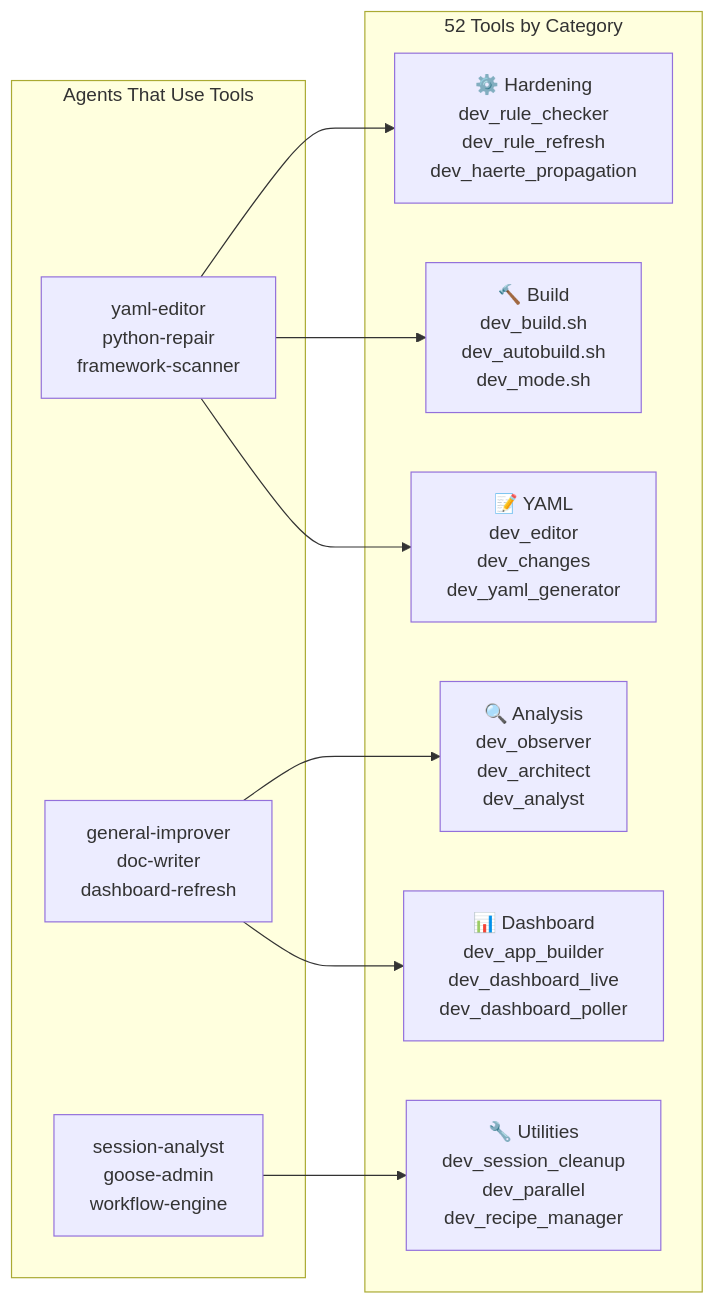
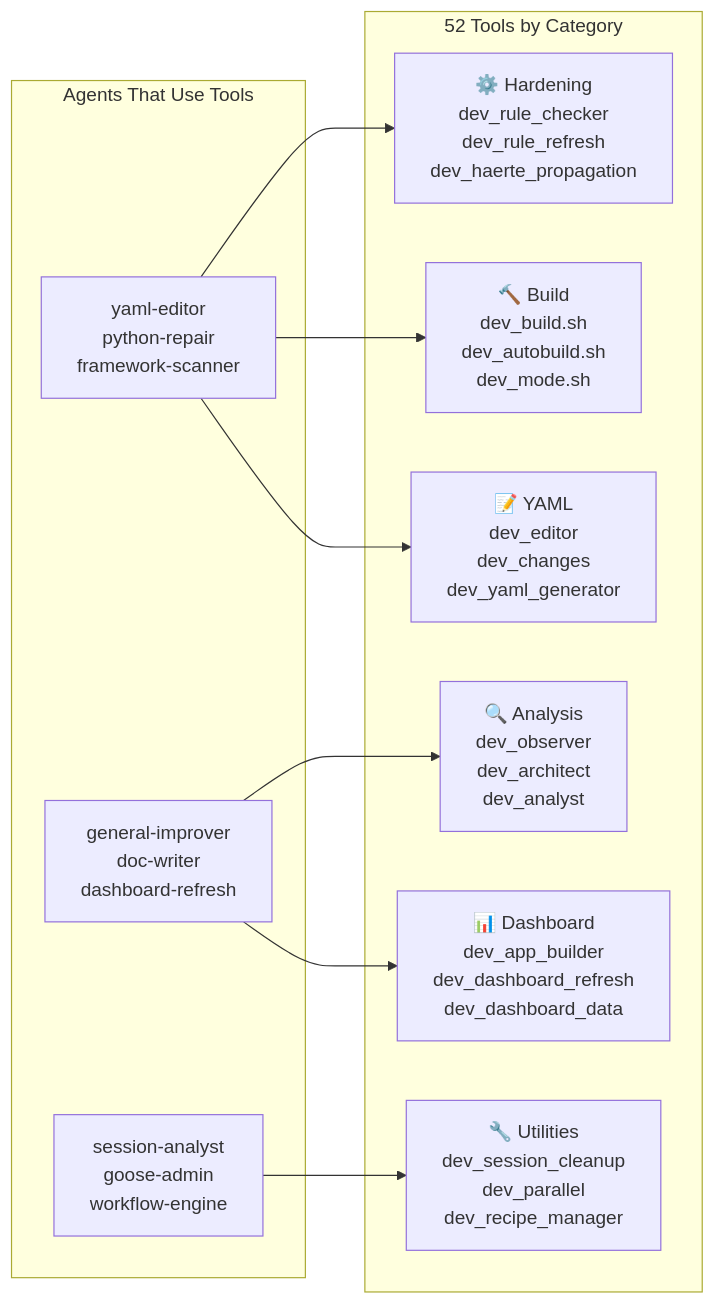
The fifth of 5 diagrams in docs/architecture.md (mczardybon/mas-engineer), drawn with Mermaid before and after one commit. The commit also changed other lines of this file and 86 other files, not shown here.

````diff
--- a/docs/architecture.md
+++ b/docs/architecture.md
@@ -249,20 +249,20 @@
 ```mermaid
 flowchart LR
     subgraph AGENTS["Agents That Use Tools"]
         A1["yaml-editor\npython-repair\nframework-scanner"]
         A2["general-improver\ndoc-writer\ndashboard-refresh"]
         A3["session-analyst\ngoose-admin\nworkflow-engine"]
     end
     subgraph TOOLS["52 Tools by Category"]
         T1["⚙️ Hardening\ndev_rule_checker\ndev_rule_refresh\ndev_haerte_propagation"]
         T2["🔨 Build\ndev_build.sh\ndev_autobuild.sh\ndev_mode.sh"]
         T3["🔍 Analysis\ndev_observer\ndev_architect\ndev_analyst"]
         T4["📝 YAML\ndev_editor\ndev_changes\ndev_yaml_generator"]
-        T5["📊 Dashboard\ndev_app_builder\ndev_dashboard_live\ndev_dashboard_poller"]
+        T5["📊 Dashboard\ndev_app_builder\ndev_dashboard_refresh\ndev_dashboard_data"]
         T6["🔧 Utilities\ndev_session_cleanup\ndev_parallel\ndev_recipe_manager"]
     end
 
     A1 --> T1 & T2 & T4
     A2 --> T3 & T5
     A3 --> T6
 ```
````
